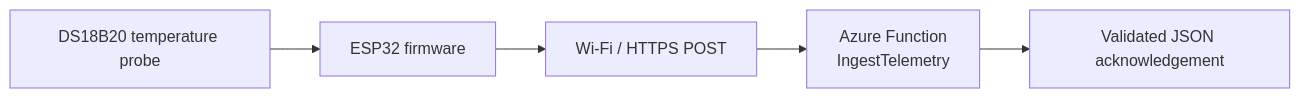
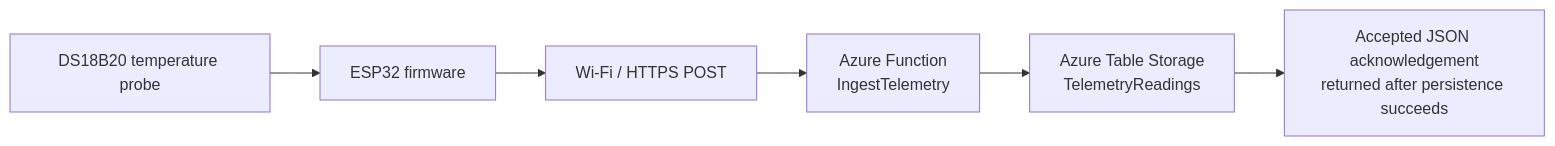
The diagram in README.md (sdaly-ie/hivewatch-cloud-iot), drawn with Mermaid before and after one commit. The commit also changed other lines of this file and 1 other file, not shown here.

Commit message:
Update README for telemetry persistence milestone

````diff
--- a/README.md
+++ b/README.md
@@ -53,7 +59,8 @@
 ```mermaid
 flowchart LR
     A[DS18B20 temperature probe] --> B[ESP32 firmware]
     B --> C[Wi-Fi / HTTPS POST]
     C --> D[Azure Function<br/>IngestTelemetry]
-    D --> E[Validated JSON acknowledgement]
+    D --> E[Azure Table Storage<br/>TelemetryReadings]
+    E --> F[Accepted JSON acknowledgement<br/>returned after persistence succeeds]
 ```
````
